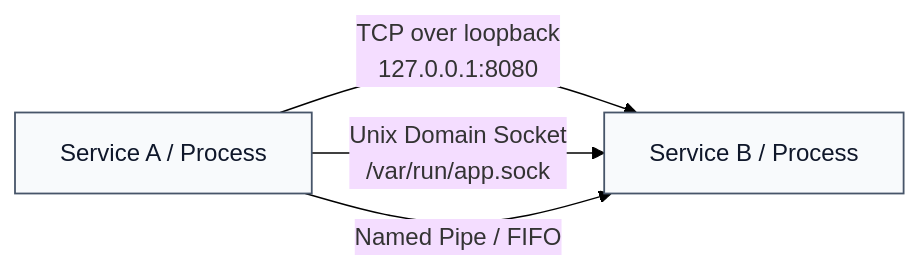
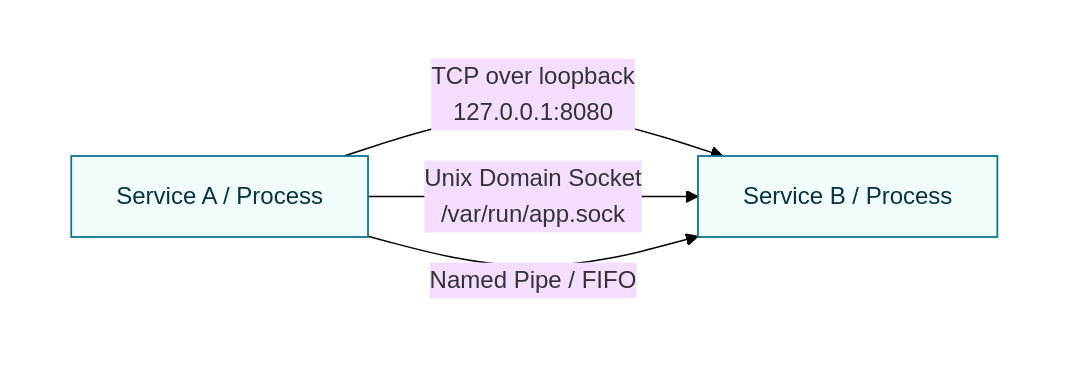
Before and after one commit to hananather/system-design: the fifth of 5 diagrams in sockets.md, drawn with Mermaid. The commit also changed other lines of this file, not shown here.

Commit message:
Apply white canvas to all diagrams (subgraph/rect). Improve color semantics: TCP green (reliable), UDP amber (best-effort), WebSocket indigo; endpoint mapping accent/neutral; same-host IPC teal. Keep spacing and <br/>.

````diff
--- a/sockets.md
+++ b/sockets.md
@@ -128,19 +138,23 @@
 ```mermaid
 %%{init: {
   'theme': 'base',
   'themeVariables': {
     'background': '#ffffff',
     'fontFamily': 'Inter, ui-sans-serif, system-ui'
   },
   'flowchart': { 'useMaxWidth': false, 'diagramPadding': 28, 'htmlLabels': true }
 }}%%
 flowchart LR
-  A["Service A / Process"]:::proc
-  B["Service B / Process"]:::proc
+  subgraph CANVAS[ ]
+    direction LR
+    A["Service A / Process"]:::proc
+    B["Service B / Process"]:::proc
 
-  A -- "TCP over loopback<br/>127.0.0.1:8080" --> B
-  A -- "Unix Domain Socket<br/>/var/run/app.sock" --> B
-  A -- "Named Pipe / FIFO" --> B
+    A -- "TCP over loopback<br/>127.0.0.1:8080" --> B
+    A -- "Unix Domain Socket<br/>/var/run/app.sock" --> B
+    A -- "Named Pipe / FIFO" --> B
+  end
 
-  classDef proc fill:#F8FAFC,stroke:#475569,stroke-width:1.2px,color:#0F172A;
+  classDef proc fill:#F0FDFA,stroke:#0E7490,stroke-width:1.2px,color:#083344;
+  style CANVAS fill:#ffffff,stroke:#ffffff,stroke-width:0px;
 ```
````
